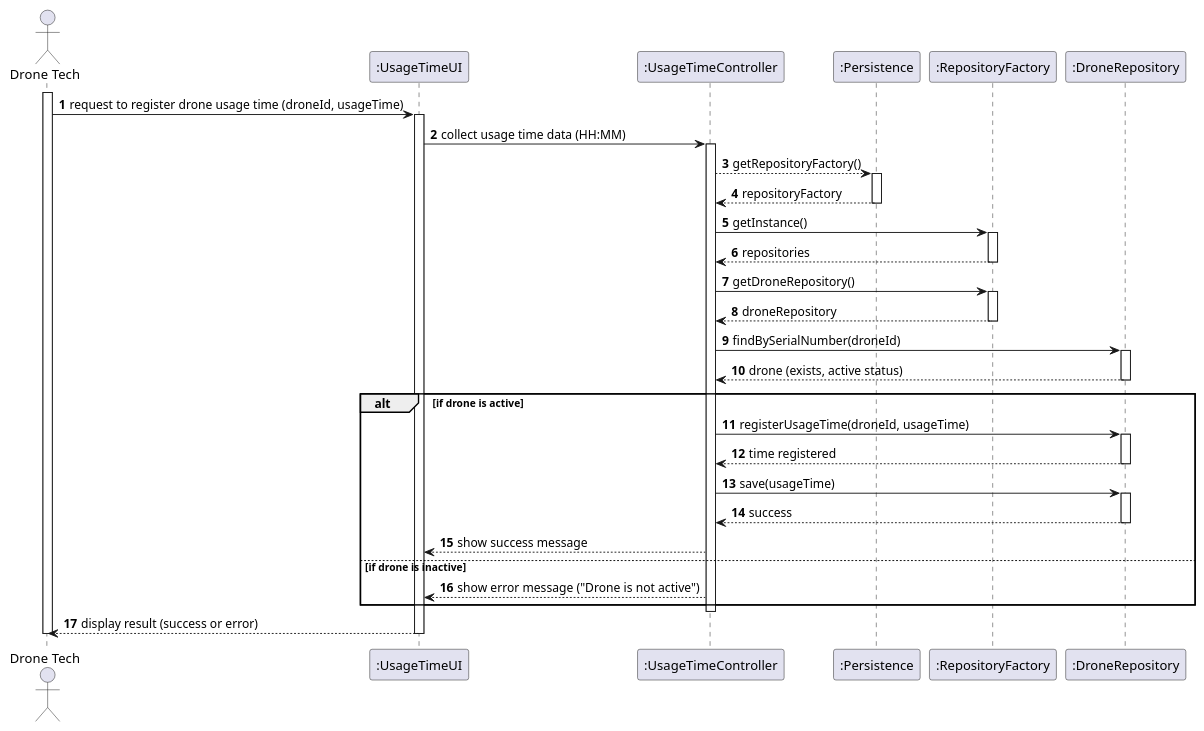
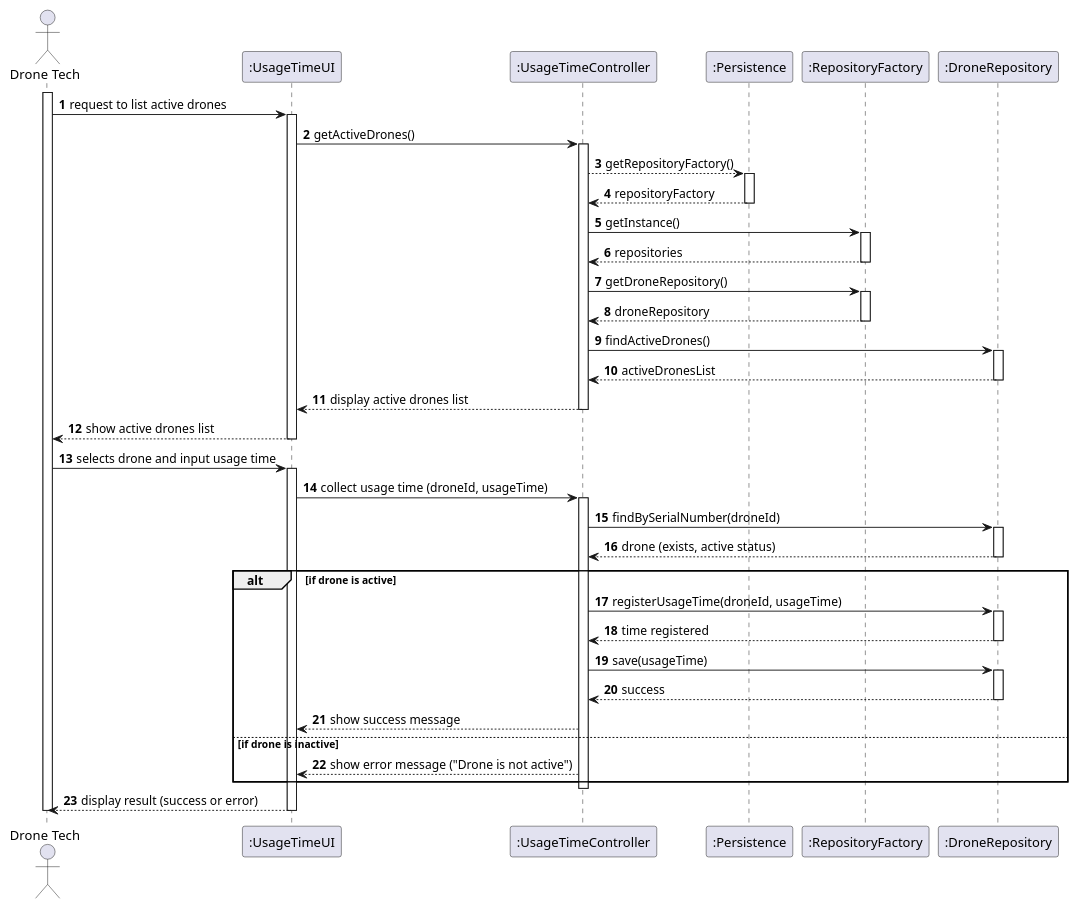
One commit to diogoveirospro/sem4pi-2024-2025-sem4pi_2024_2025_g44 changed the diagram in docs/SPRINT_3/US327/puml/sequence_diagram_327.puml. Above: the diagram before and after it, drawn with PlantUML. The commit also changed 5 other files, not shown here.

```diff
--- a/docs/SPRINT_3/US327/puml/sequence_diagram_327.puml
+++ b/docs/SPRINT_3/US327/puml/sequence_diagram_327.puml
@@ -1,63 +1,78 @@
 @startuml
 'skinparam monochrome
 
 skinparam packageStyle rectangle
 skinparam shadowing false
 
 autonumber
 
 actor "Drone Tech" as DT
 participant ":UsageTimeUI" as UI
 participant ":UsageTimeController" as CTRL
 participant ":Persistence" as PERS
 participant ":RepositoryFactory" as REPOS
 participant ":DroneRepository" as DRONE_REPO
 
 activate DT
 
-DT -> UI : request to register drone usage time (droneId, usageTime)
+DT -> UI : request to list active drones
 activate UI
-    UI -> CTRL : collect usage time data (HH:MM)
+    UI -> CTRL : getActiveDrones()
     activate CTRL
 
     CTRL --> PERS : getRepositoryFactory()
     activate PERS
     PERS --> CTRL : repositoryFactory
     deactivate PERS
 
     CTRL -> REPOS : getInstance()
     activate REPOS
     REPOS --> CTRL : repositories
     deactivate REPOS
 
     CTRL -> REPOS : getDroneRepository()
     activate REPOS
     REPOS --> CTRL : droneRepository
     deactivate REPOS
+
+    CTRL -> DRONE_REPO : findActiveDrones()
+    activate DRONE_REPO
+    DRONE_REPO --> CTRL : activeDronesList
+    deactivate DRONE_REPO
+
+    CTRL --> UI : display active drones list
+    deactivate CTRL
+UI --> DT : show active drones list
+deactivate UI
+
+DT -> UI : selects drone and input usage time
+activate UI
+    UI -> CTRL : collect usage time (droneId, usageTime)
+    activate CTRL
 
     CTRL -> DRONE_REPO : findBySerialNumber(droneId)
     activate DRONE_REPO
     DRONE_REPO --> CTRL : drone (exists, active status)
     deactivate DRONE_REPO
 
     alt if drone is active
         CTRL -> DRONE_REPO : registerUsageTime(droneId, usageTime)
         activate DRONE_REPO
         DRONE_REPO --> CTRL : time registered
         deactivate DRONE_REPO
 
         CTRL -> DRONE_REPO : save(usageTime)
         activate DRONE_REPO
         DRONE_REPO --> CTRL : success
         deactivate DRONE_REPO
 
         CTRL --> UI : show success message
     else if drone is inactive
         CTRL --> UI : show error message ("Drone is not active")
     end
 
     deactivate CTRL
 UI --> DT : display result (success or error)
 deactivate UI
 deactivate DT
 @enduml
```
